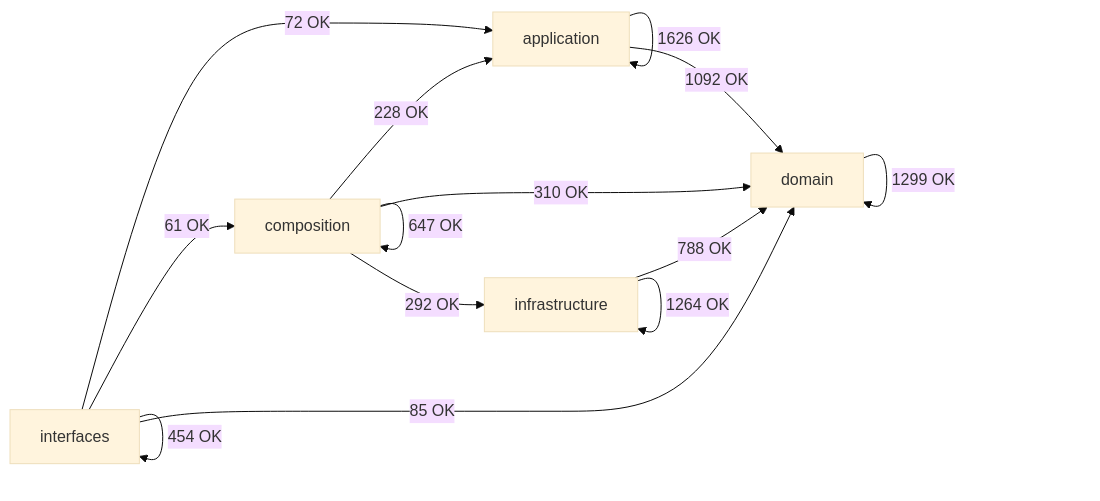
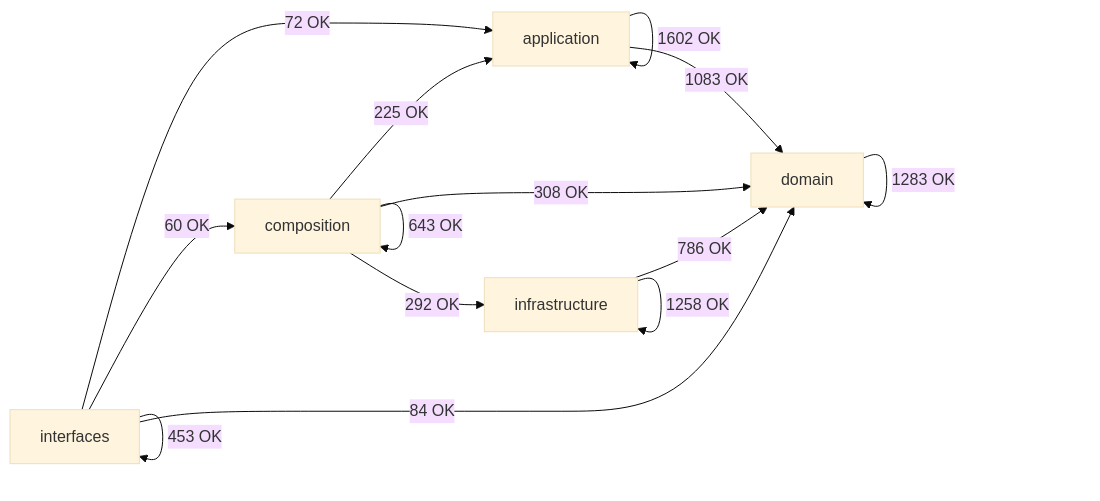
Before and after one commit to SatoryKono/BioactivityDataAcquisition: the diagram in docs/02-architecture/generated/module-dependency-map.md, drawn with Mermaid (base theme). The commit also changed other lines of this file and 538 other files, not shown here.

````diff
--- a/docs/02-architecture/generated/module-dependency-map.md
+++ b/docs/02-architecture/generated/module-dependency-map.md
@@ -17,21 +17,21 @@
 ```mermaid
 flowchart LR
     domain[domain]
     application[application]
     infrastructure[infrastructure]
     composition[composition]
     interfaces[interfaces]
-    application -->|1626 OK| application
-    application -->|1092 OK| domain
-    composition -->|228 OK| application
-    composition -->|647 OK| composition
-    composition -->|310 OK| domain
+    application -->|1602 OK| application
+    application -->|1083 OK| domain
+    composition -->|225 OK| application
+    composition -->|643 OK| composition
+    composition -->|308 OK| domain
     composition -->|292 OK| infrastructure
-    domain -->|1299 OK| domain
-    infrastructure -->|788 OK| domain
-    infrastructure -->|1264 OK| infrastructure
+    domain -->|1283 OK| domain
+    infrastructure -->|786 OK| domain
+    infrastructure -->|1258 OK| infrastructure
     interfaces -->|72 OK| application
-    interfaces -->|61 OK| composition
-    interfaces -->|85 OK| domain
-    interfaces -->|454 OK| interfaces
+    interfaces -->|60 OK| composition
+    interfaces -->|84 OK| domain
+    interfaces -->|453 OK| interfaces
 ```
````
